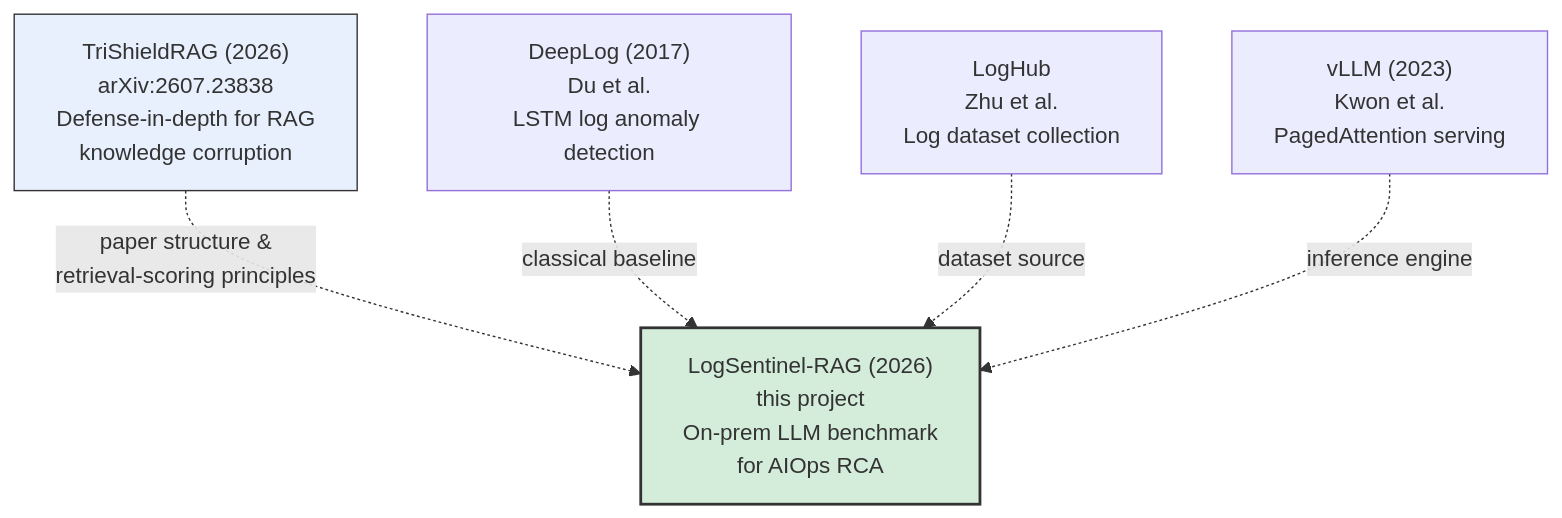
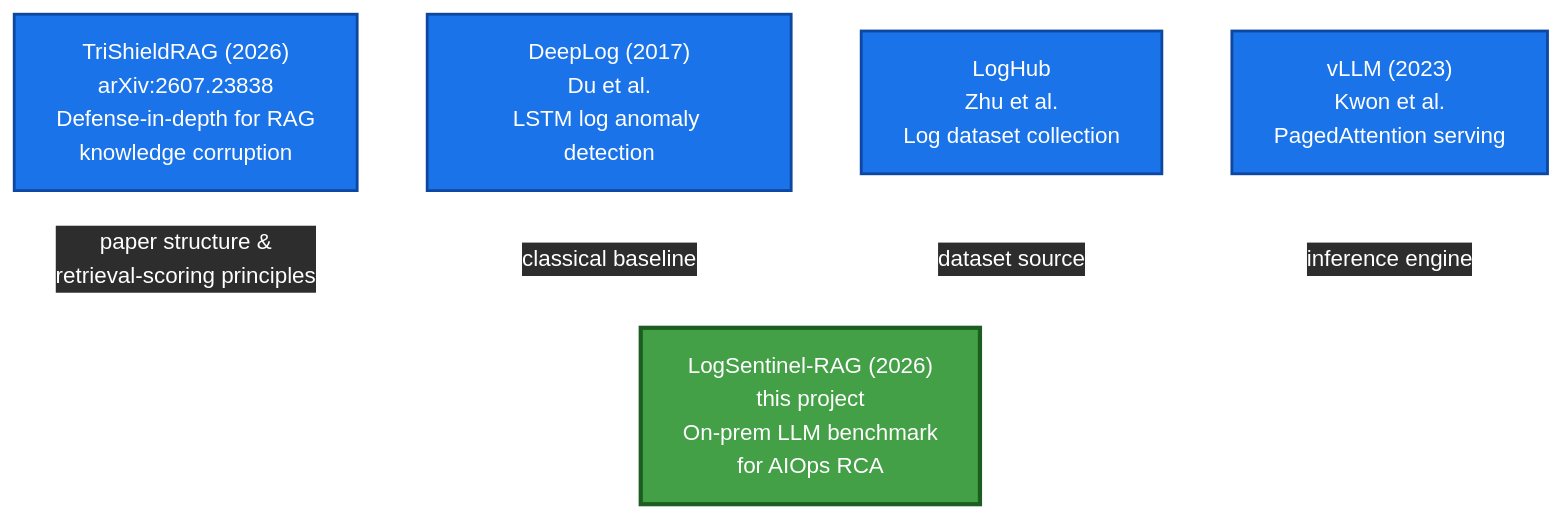
The sixth of 6 diagrams in README.md (rpaut03l/tricalrag-llm-gpu-aiops), drawn with Mermaid before and after one commit. The commit also changed other lines of this file, not shown here.

````diff
--- a/README.md
+++ b/README.md
@@ -177,10 +209,12 @@
 ```mermaid
+%%{init: {'theme': 'base', 'themeVariables': { 'lineColor': '#ffffff', 'edgeLabelBackground': '#2d2d2d', 'textColor': '#ffffff' }}}%%
 flowchart TD
-    T["TriShieldRAG (2026)<br/>arXiv:2607.23838<br/>Defense-in-depth for RAG<br/>knowledge corruption"] -.->|"paper structure &<br/>retrieval-scoring principles"| L["LogSentinel-RAG (2026)<br/>this project<br/>On-prem LLM benchmark<br/>for AIOps RCA"]
-    DL["DeepLog (2017)<br/>Du et al.<br/>LSTM log anomaly detection"] -.->|"classical baseline"| L
-    LH["LogHub<br/>Zhu et al.<br/>Log dataset collection"] -.->|"dataset source"| L
-    VL["vLLM (2023)<br/>Kwon et al.<br/>PagedAttention serving"] -.->|"inference engine"| L
+    T["TriShieldRAG (2026)<br/>arXiv:2607.23838<br/>Defense-in-depth for RAG<br/>knowledge corruption"]:::prior -.->|"paper structure &<br/>retrieval-scoring principles"| L["LogSentinel-RAG (2026)<br/>this project<br/>On-prem LLM benchmark<br/>for AIOps RCA"]:::thiswork
+    DL["DeepLog (2017)<br/>Du et al.<br/>LSTM log anomaly detection"]:::prior -.->|"classical baseline"| L
+    LH["LogHub<br/>Zhu et al.<br/>Log dataset collection"]:::prior -.->|"dataset source"| L
+    VL["vLLM (2023)<br/>Kwon et al.<br/>PagedAttention serving"]:::prior -.->|"inference engine"| L
 
-    style L fill:#d4edda,stroke:#333,stroke-width:2px
-    style T fill:#e8f0fe,stroke:#333
+    classDef prior fill:#1a73e8,stroke:#0d47a1,stroke-width:2px,color:#ffffff
+    classDef thiswork fill:#43a047,stroke:#1b5e20,stroke-width:3px,color:#ffffff
+    linkStyle default stroke:#ffffff,stroke-width:2px,color:#ffffff
 ```
````
